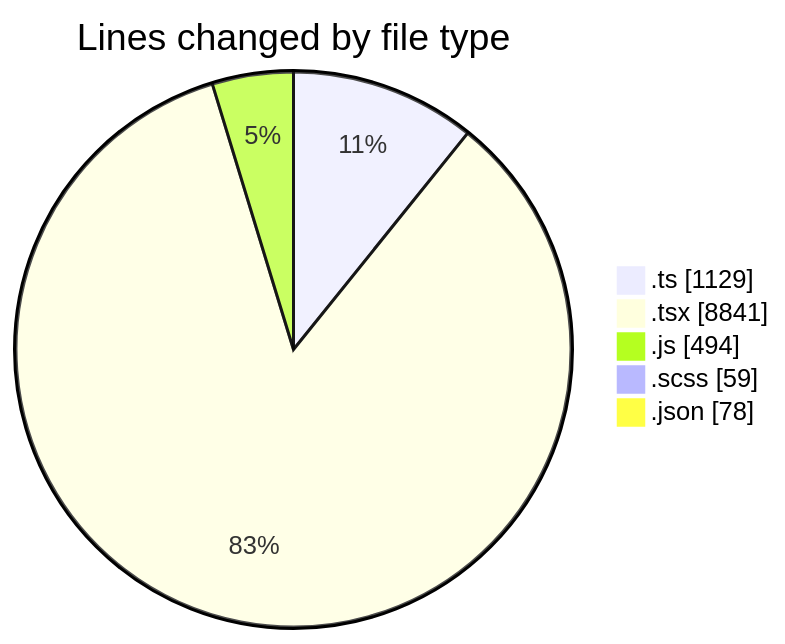
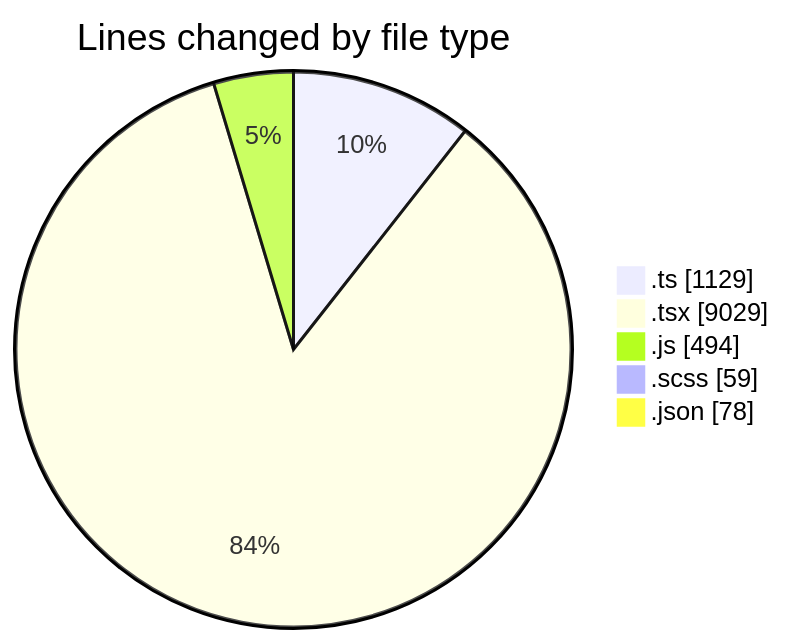
The first of 2 diagrams in 2025-09-02/cda/README.md (momahboobian/code-tracking), drawn with Mermaid before and after one commit. The commit also changed other lines of this file and 1 other file, not shown here.

````diff
--- a/2025-09-02/cda/README.md
+++ b/2025-09-02/cda/README.md
@@ -33,9 +33,9 @@
 ```mermaid
 pie showData
 title Lines changed by file type
 ".ts" : 1129
-".tsx" : 8841
+".tsx" : 9029
 ".js" : 494
 ".scss" : 59
 ".json" : 78
 ```
````
